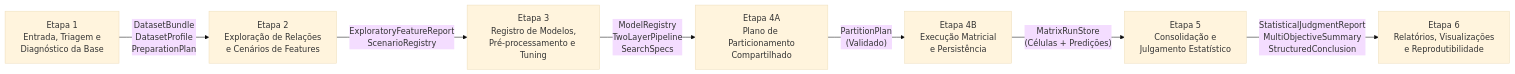
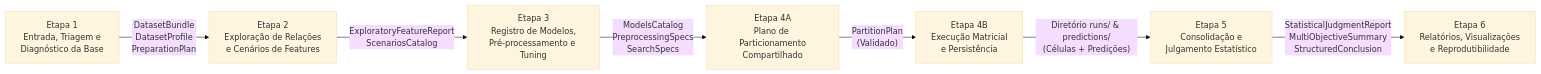
Before and after one commit to aleerangel/experimental-ml-framework: the second of 4 diagrams in engenharia_software/ARQUITETURA_E_CONTRATOS.md, drawn with Mermaid (base theme). The commit also changed other lines of this file and 3 other files, not shown here.

````diff
--- a/engenharia_software/ARQUITETURA_E_CONTRATOS.md
+++ b/engenharia_software/ARQUITETURA_E_CONTRATOS.md
@@ -114,9 +115,9 @@
 ```mermaid
 flowchart LR
     E1["Etapa 1<br/>Entrada, Triagem e<br/>Diagnóstico da Base"] -->|"DatasetBundle<br/>DatasetProfile<br/>PreparationPlan"| E2["Etapa 2<br/>Exploração de Relações<br/>e Cenários de Features"]
-    E2 -->|"ExploratoryFeatureReport<br/>ScenarioRegistry"| E3["Etapa 3<br/>Registro de Modelos,<br/>Pré-processamento e Tuning"]
-    E3 -->|"ModelRegistry<br/>TwoLayerPipeline<br/>SearchSpecs"| E4A["Etapa 4A<br/>Plano de Particionamento<br/>Compartilhado"]
+    E2 -->|"ExploratoryFeatureReport<br/>ScenariosCatalog"| E3["Etapa 3<br/>Registro de Modelos,<br/>Pré-processamento e Tuning"]
+    E3 -->|"ModelsCatalog<br/>PreprocessingSpecs<br/>SearchSpecs"| E4A["Etapa 4A<br/>Plano de Particionamento<br/>Compartilhado"]
     E4A -->|"PartitionPlan<br/>(Validado)"| E4B["Etapa 4B<br/>Execução Matricial<br/>e Persistência"]
-    E4B -->|"MatrixRunStore<br/>(Células + Predições)"| E5["Etapa 5<br/>Consolidação e<br/>Julgamento Estatístico"]
+    E4B -->|"Diretório runs/ & predictions/<br/>(Células + Predições)"| E5["Etapa 5<br/>Consolidação e<br/>Julgamento Estatístico"]
     E5 -->|"StatisticalJudgmentReport<br/>MultiObjectiveSummary<br/>StructuredConclusion"| E6["Etapa 6<br/>Relatórios, Visualizações<br/>e Reprodutibilidade"]
 ```
````
